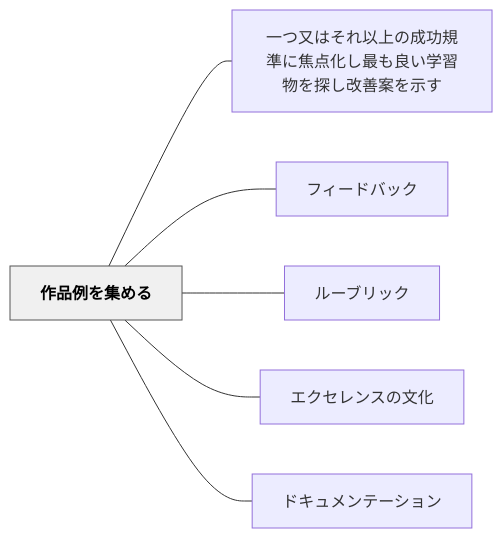
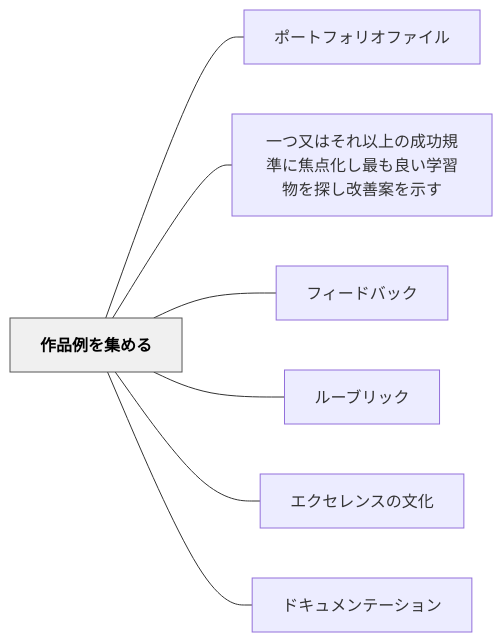
Before and after one commit to unknownthings-ed-patterns/unknownthings-ed-patterns: the diagram in content/パタン/作品例を集める.md, drawn with Mermaid. The commit also changed other lines of this file and 100 other files, not shown here.

````diff
--- a/content/パタン/作品例を集める.md
+++ b/content/パタン/作品例を集める.md
@@ -53,18 +54,20 @@
 ```mermaid
 flowchart LR
     ne4bd9ce59381e4be8be38292e99b86e38281e3828b["作品例を集める"]
+    ne3839de383bce38388e38395e382a9e383aae382aae38395e382a1e382a4e383ab["ポートフォリオファイル"]
     ne4b880e381a4e58f88e381afe3819de3828ce4bba5e4b88ae381aee68890e58a9fe8a68fe6ba96e381abe784a6e782b9e58c96e38197e69c80e38282e889afe38184e5ada6e7bf92e789a9e38292e68ea2e38197e694b9e59684e6a188e38292e7a4bae38199["一つ又はそれ以上の成功規準に焦点化し最も良い学習物を探し改善案を示す"]
     ne38395e382a3e383bce38389e38390e38383e382af["フィードバック"]
     ne383abe383bce38396e383aae38383e382af["ルーブリック"]
     ne382a8e382afe382bbe383ace383b3e382b9e381aee69687e58c96["エクセレンスの文化"]
     ne38389e382ade383a5e383a1e383b3e38386e383bce382b7e383a7e383b3["ドキュメンテーション"]
 
+    ne4bd9ce59381e4be8be38292e99b86e38281e3828b --- ne3839de383bce38388e38395e382a9e383aae382aae38395e382a1e382a4e383ab
     ne4bd9ce59381e4be8be38292e99b86e38281e3828b --- ne4b880e381a4e58f88e381afe3819de3828ce4bba5e4b88ae381aee68890e58a9fe8a68fe6ba96e381abe784a6e782b9e58c96e38197e69c80e38282e889afe38184e5ada6e7bf92e789a9e38292e68ea2e38197e694b9e59684e6a188e38292e7a4bae38199
     ne4bd9ce59381e4be8be38292e99b86e38281e3828b --- ne38395e382a3e383bce38389e38390e38383e382af
     ne4bd9ce59381e4be8be38292e99b86e38281e3828b --- ne383abe383bce38396e383aae38383e382af
     ne4bd9ce59381e4be8be38292e99b86e38281e3828b --- ne382a8e382afe382bbe383ace383b3e382b9e381aee69687e58c96
     ne4bd9ce59381e4be8be38292e99b86e38281e3828b --- ne38389e382ade383a5e383a1e383b3e38386e383bce382b7e383a7e383b3
 
     classDef hub fill:#f0f0f0,stroke:#555,color:#000,font-weight:bold
     class ne4bd9ce59381e4be8be38292e99b86e38281e3828b hub
 ```
````
